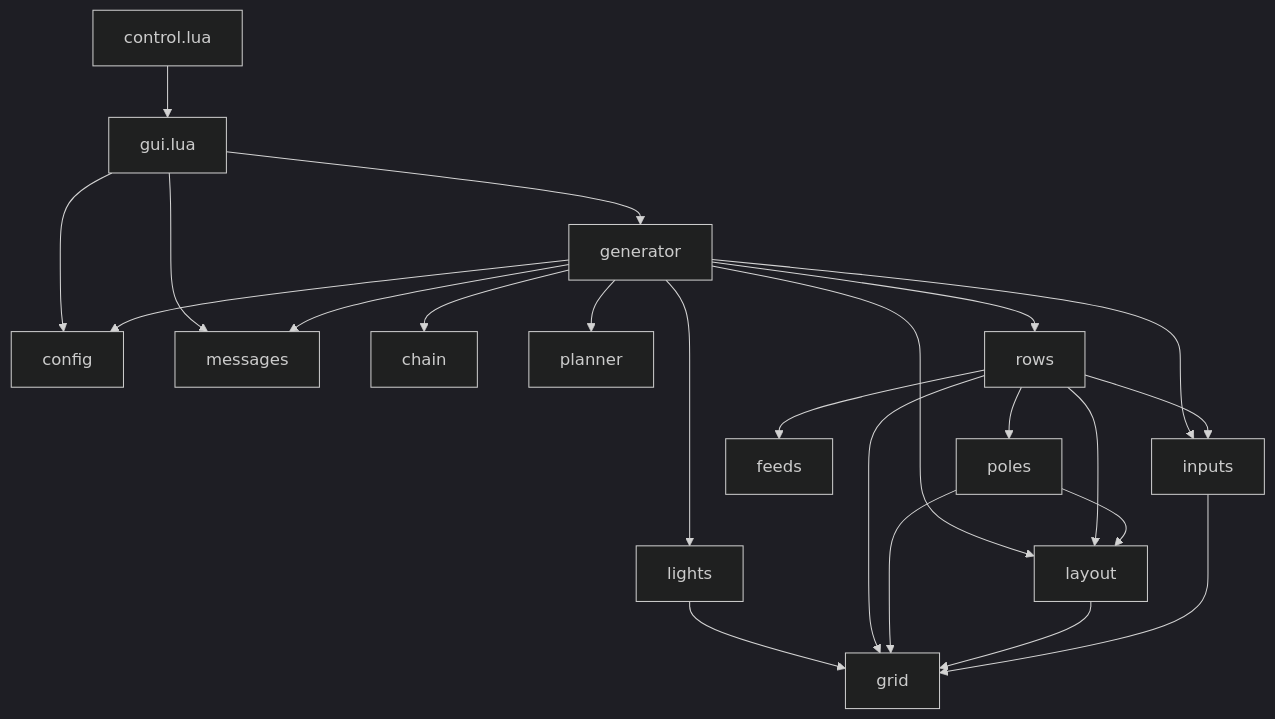
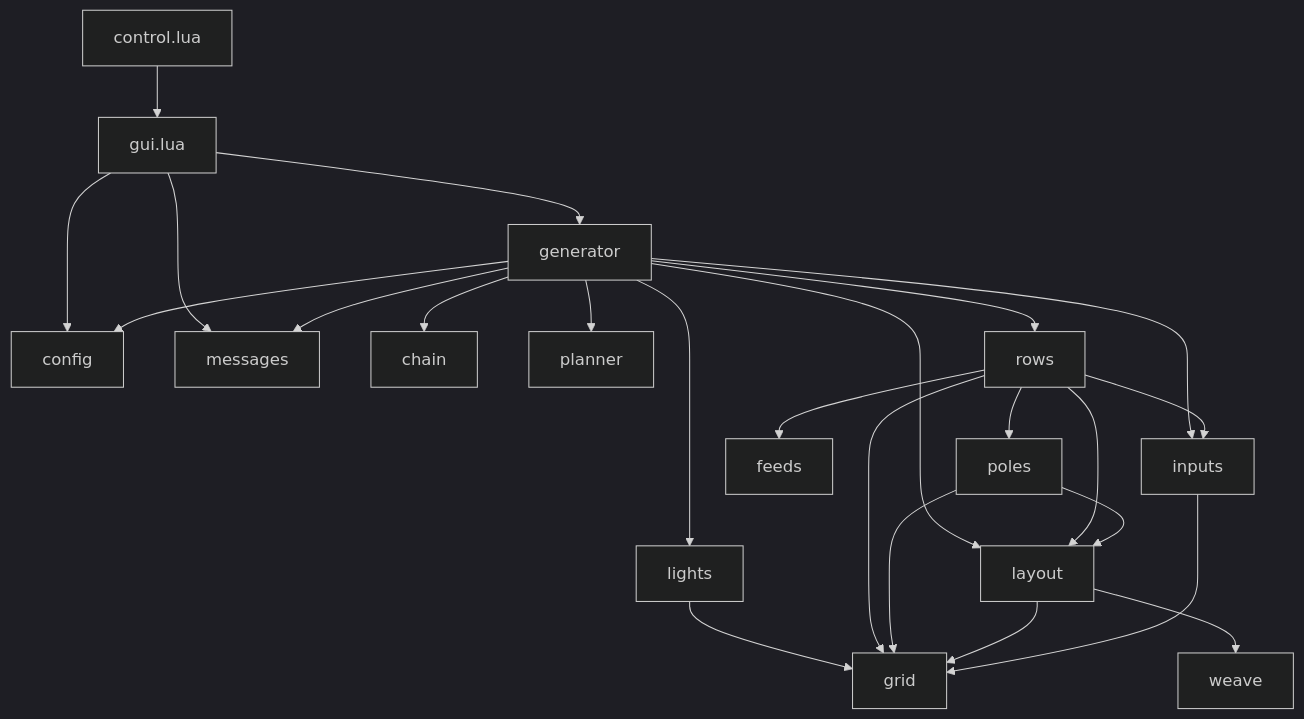
One commit to RibbonedAce/factorio-blueprint-generation changed the second of 5 diagrams in TYPES.md. Above: the diagram before and after it, drawn with Mermaid (dark theme). The commit also changed other lines of this file and 25 other files, not shown here.

````diff
--- a/TYPES.md
+++ b/TYPES.md
@@ -52,25 +52,26 @@
 ```mermaid
 flowchart TD
   control["control.lua"] --> gui["gui.lua"]
   gui --> generator
   gui --> config
   gui --> messages
   generator --> config
   generator --> chain
   generator --> planner
   generator --> layout
   generator --> inputs
   generator --> rows
   generator --> lights
   generator --> messages
   lights --> grid
   rows --> feeds
   rows --> inputs
   rows --> layout
   rows --> poles
   rows --> grid
   poles --> layout
   poles --> grid
   layout --> grid
+  layout --> weave
   inputs --> grid
 ```
````
